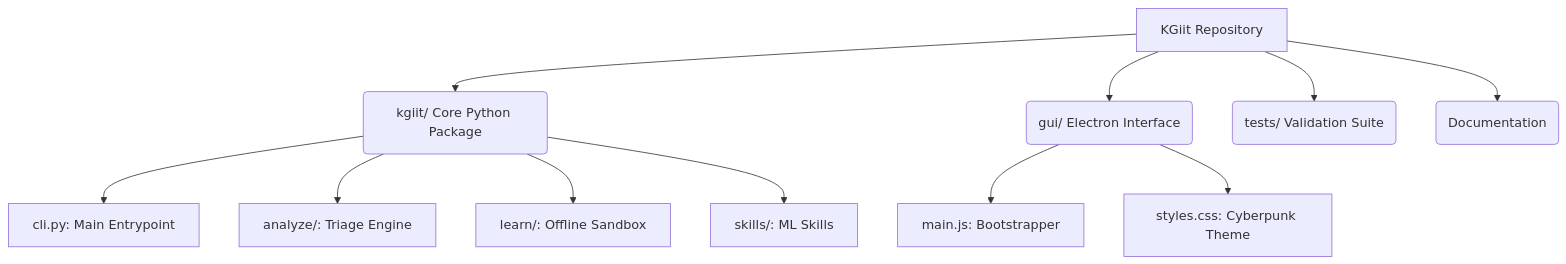
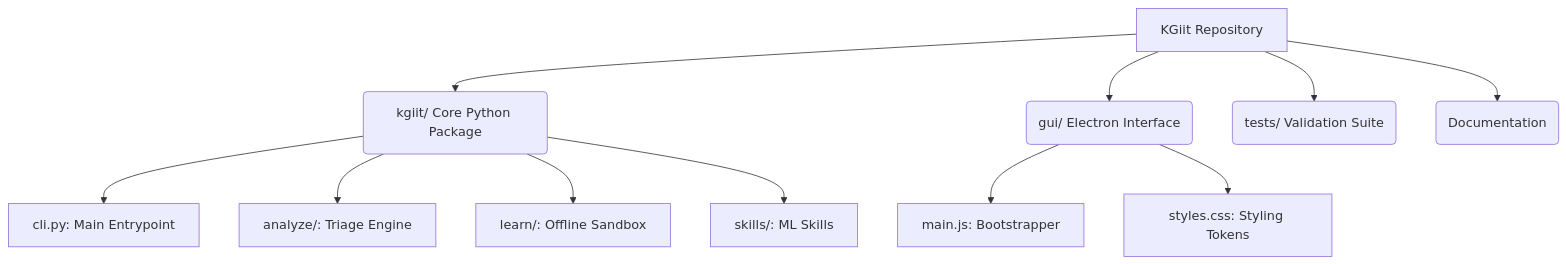
One commit to ShauryaVaid/kgiit changed the first of 2 diagrams in README.md. Above: the diagram before and after it, drawn with Mermaid. The commit also changed other lines of this file, not shown here.

````diff
--- a/README.md
+++ b/README.md
@@ -71,17 +75,17 @@
 ```mermaid
 graph TD
     A[KGiit Repository]
     
     A --> B(kgiit/ Core Python Package)
     A --> C(gui/ Electron Interface)
     A --> D(tests/ Validation Suite)
     A --> E(Documentation)
     
     B --> B1[cli.py: Main Entrypoint]
     B --> B2[analyze/: Triage Engine]
     B --> B3[learn/: Offline Sandbox]
     B --> B4[skills/: ML Skills]
     
     C --> C1[main.js: Bootstrapper]
-    C --> C2[styles.css: Cyberpunk Theme]
+    C --> C2[styles.css: Styling Tokens]
 ```
````
